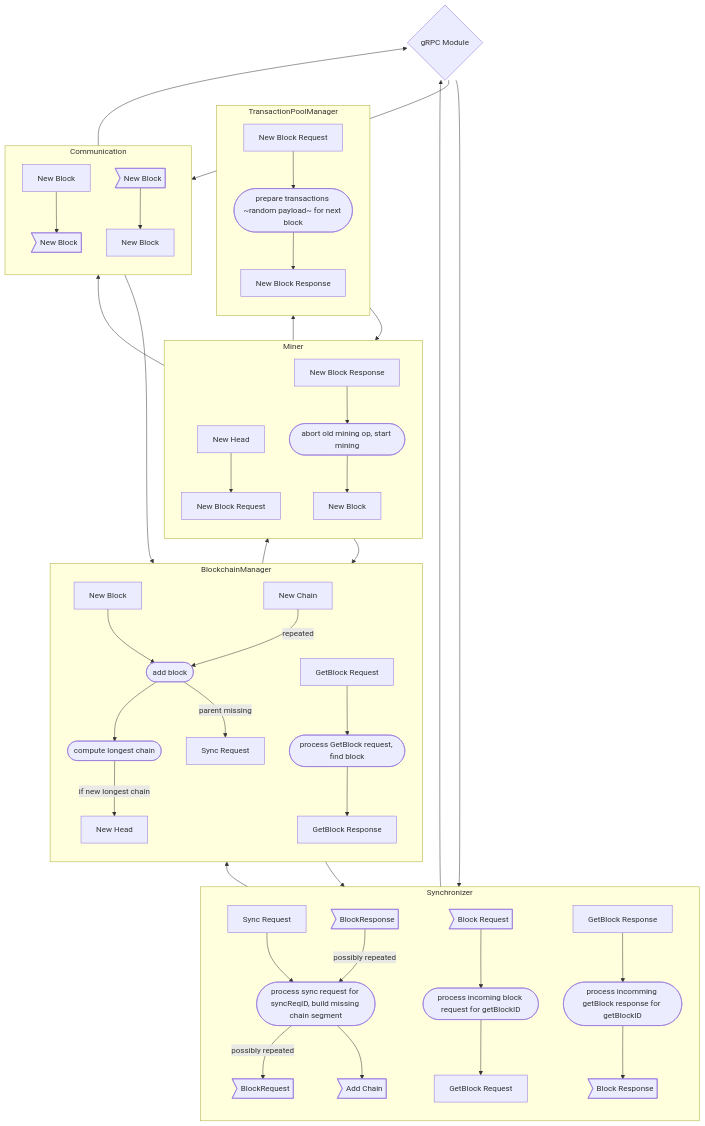
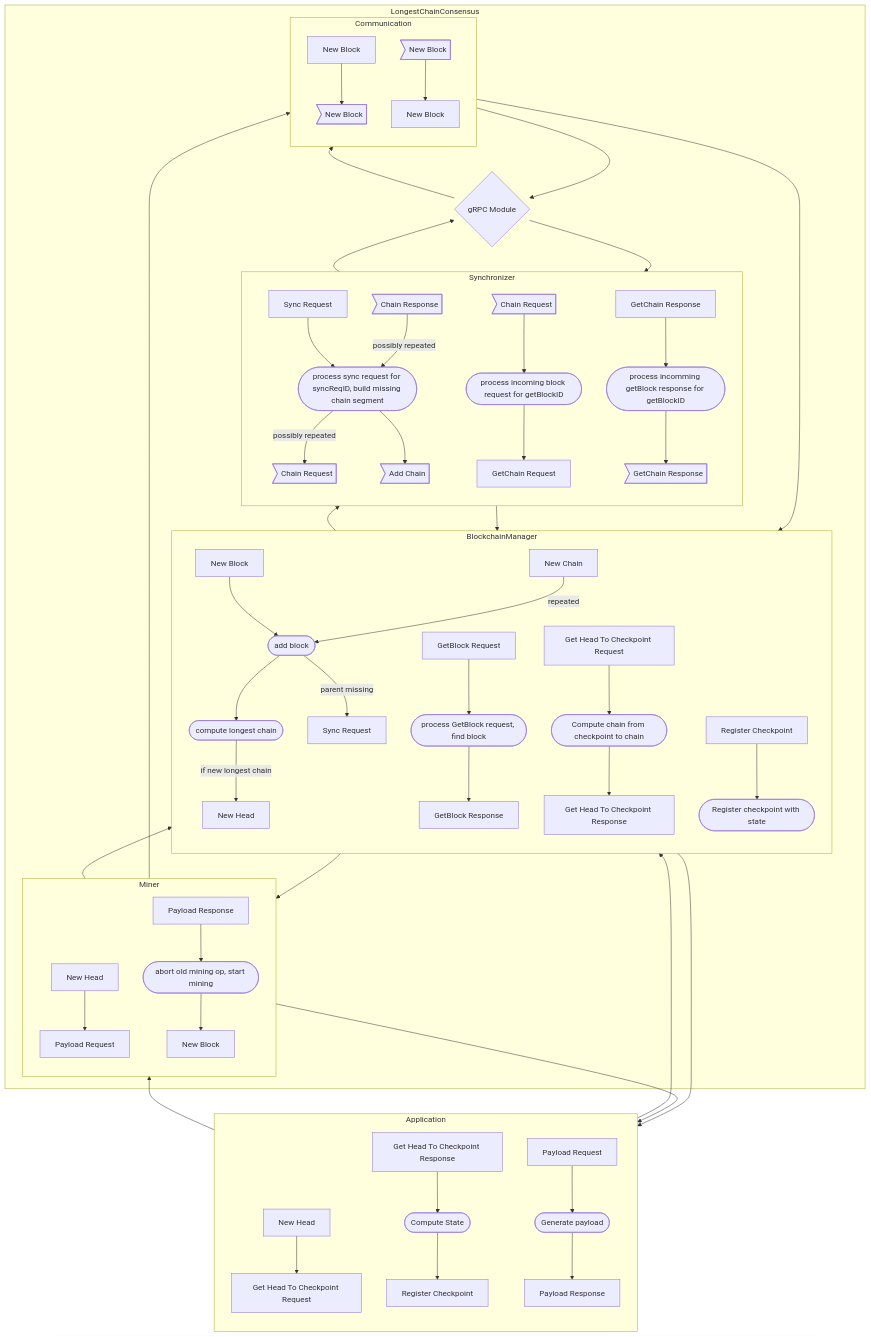
The diagram in notes/block_diagram.md (komplexon3/longest-chain-project), drawn with Mermaid before and after one commit.

Commit message:
new application

````diff
--- a/notes/block_diagram.md
+++ b/notes/block_diagram.md
@@ -1,63 +1,77 @@
 ```mermaid
 flowchart BT;
 
-subgraph TransactionPoolManager
-direction TB;
+subgraph LongestChainConsensus
 
-reqnbi[New Block Request] --> pt([prepare transactions ~random payload~ for next block])
-pt --> resnbo[New Block Response]
+    subgraph BlockchainManager
+    direction TB;
+
+    nbi[New Block] --> ab([add block])
+    nci[New Chain] --repeated--> ab
+    ab --> clc([compute longest chain])
+    ab --parent missing--> sr[Sync Request]
+    clc -->|if new longest chain| nho[New Head]
+
+    gbi[GetBlock Request] --> pgbr([process GetBlock request, find block])
+    pgbr --> gbo[GetBlock Response]
+
+    bcmghtcri[Get Head To Checkpoint Request] --> cctc([Compute chain from checkpoint to chain])
+    cctc --> bcmghtcro[Get Head To Checkpoint Response]
+
+    rc[Register Checkpoint] --> rcws([Register checkpoint with state])
+
+    end
+
+    subgraph Miner
+    direction TB;
+
+    nh[New Head] --> mpro[Payload Request]
+    mpri[Payload Response] --> m([abort old mining op, start mining])
+    m --> nbio[New Block]
+    end
+
+    subgraph Communication
+    c_nbo[New Block] --> nbfo>New Block]
+    c_nbfi>New Block] --> c_nbi[New Block]
+    end
+
+    subgraph Synchronizer
+    sri[Sync Request] --> psr([process sync request for syncReqID, build missing chain segment])
+    psr --possibly repeated--> creqo>Chain Request]
+    cresi>Chain Response] --possibly repeated--> psr
+    psr --> ac>Add Chain]
+
+    creq>Chain Request] --> picr([process incoming block request for getBlockID])
+    picr --> gcreq[GetChain Request]
+    gcRes[GetChain Response] --> picres([process incomming getBlock response for getBlockID])
+    picres --> bres>GetChain Response]
+
+    end
+
+    grpc{gRPC Module}
 end
 
-subgraph BlockchainManager
-direction TB;
+subgraph Application
+nhi[New Head] --> aghtcro[Get Head To Checkpoint Request]
+aghtcri[Get Head To Checkpoint Response] --> cs([Compute State])
+cs --> rco[Register Checkpoint]
 
-nbi[New Block] --> ab([add block])
-nci[New Chain] --repeated--> ab
-ab --> clc([compute longest chain])
-ab --parent missing--> sr[Sync Request]
-clc -->|if new longest chain| nho[New Head]
-
-gbi[GetBlock Request] --> pgbr([process GetBlock request, find block])
-pgbr --> gbo[GetBlock Response]
-
+pri[Payload Request] --> gp([Generate payload])
+gp --> pro[Payload Response]
 end
 
-subgraph Miner
-direction TB;
-
-nh[New Head] --> reqnb[New Block Request]
-resnb[New Block Response] --> m([abort old mining op, start mining])
-m --> nbio[New Block]
-end
-
-subgraph Communication
-c_nbo[New Block] --> nbfo>New Block]
-c_nbfi>New Block] --> c_nbi[New Block]
-end
-
-subgraph Synchronizer
-sri[Sync Request] --> psr([process sync request for syncReqID, build missing chain segment])
-psr --possibly repeated--> breqo>BlockRequest]
-bresi>BlockResponse] --possibly repeated--> psr
-psr --> ac>Add Chain]
-
-breq>Block Request] --> pibr([process incoming block request for getBlockID])
-pibr --> gbreq[GetBlock Request]
-gbRes[GetBlock Response] --> pibres([process incomming getBlock response for getBlockID])
-pibres --> bres>Block Response]
-
-end
-
-grpc{gRPC Module} --> Communication
+grpc --> Communication
 Communication --> grpc
-Miner --> TransactionPoolManager
-TransactionPoolManager --> Miner
+Miner --> Application
+Application --> Miner
 Miner --> BlockchainManager
 BlockchainManager --> Miner
 Miner --> Communication
+Application --> BlockchainManager
+BlockchainManager --> Application
 Communication --> BlockchainManager
 BlockchainManager --> Synchronizer
 Synchronizer --> BlockchainManager
 Synchronizer --> grpc
 grpc --> Synchronizer
 ```
````
